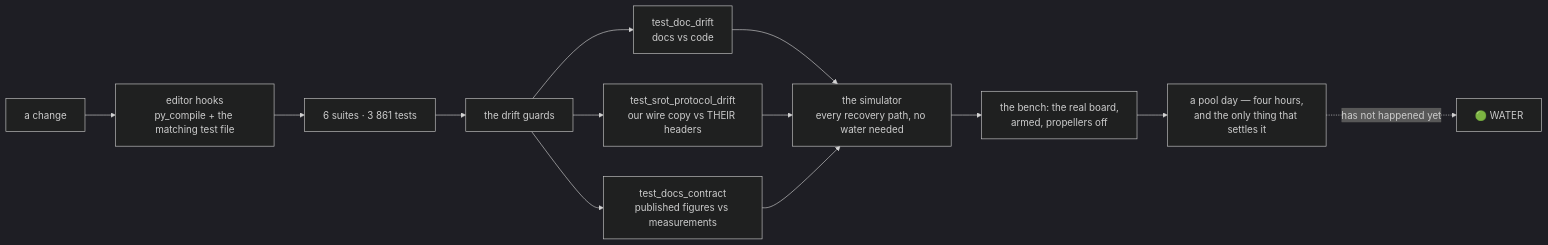
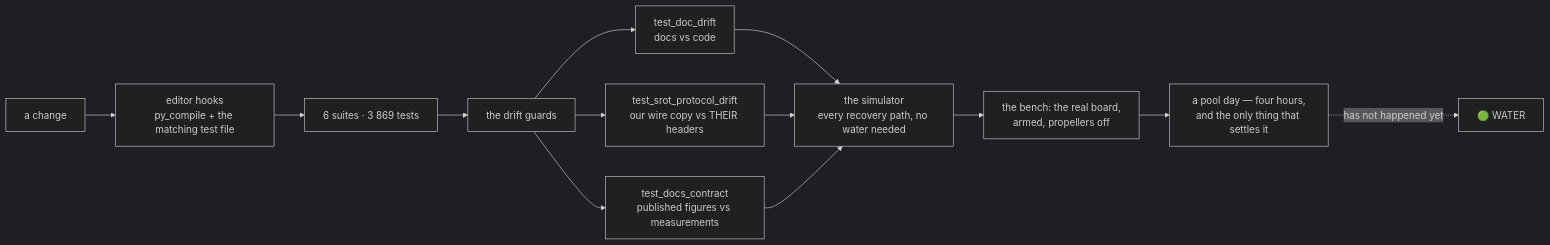
The ninth of 10 diagrams in README.md (fh1m/mongla_ws), drawn with Mermaid (dark theme) before and after one commit. The commit also changed other lines of this file and 3 other files, not shown here.

````diff
--- a/README.md
+++ b/README.md
@@ -752,15 +752,15 @@
 ```mermaid
 flowchart LR
     DEV["a change"] --> HOOK["editor hooks<br/>py_compile + the matching test file"]
-    HOOK --> UNIT["6 suites · 3 861 tests"]
+    HOOK --> UNIT["6 suites · 3 869 tests"]
     UNIT --> GUARD["the drift guards"]
     GUARD --> G1["test_doc_drift<br/>docs vs code"]
     GUARD --> G2["test_srot_protocol_drift<br/>our wire copy vs THEIR headers"]
     GUARD --> G3["test_docs_contract<br/>published figures vs measurements"]
     G1 --> SIM["the simulator<br/>every recovery path, no water needed"]
     G2 --> SIM
     G3 --> SIM
     SIM --> BENCH["the bench: the real board,<br/>armed, propellers off"]
     BENCH --> POOL["a pool day — four hours,<br/>and the only thing that settles it"]
     POOL -.->|"has not happened yet"| WATER["🟢 WATER"]
 ```
````
